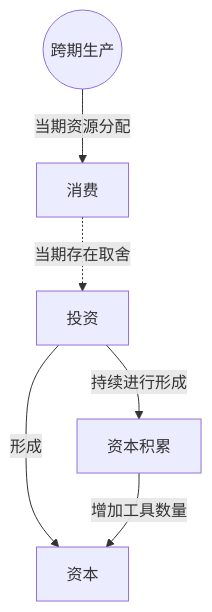
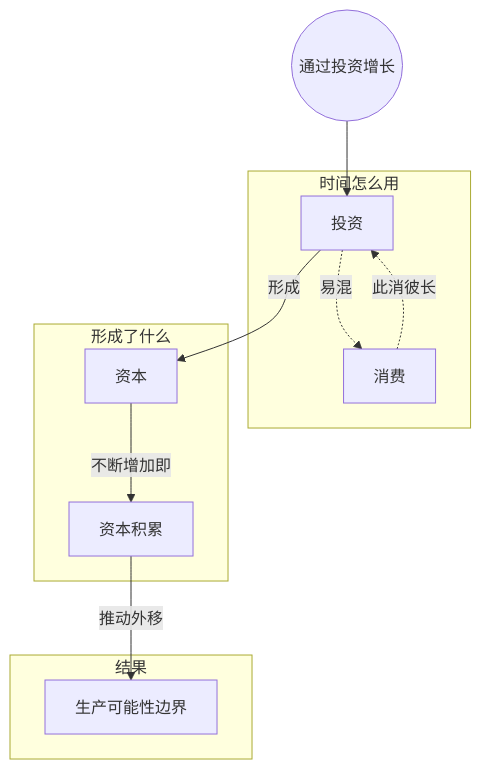
The diagram in examples/可汗微观经济学-前15集/notes/005-第5讲 通过投资的经济增长.md (lucky-Luor/bilibili-douyin-notes), drawn with Mermaid before and after one commit. The commit also changed other lines of this file and 18 other files, not shown here.

````diff
--- a/examples/可汗微观经济学-前15集/notes/005-第5讲 通过投资的经济增长.md
+++ b/examples/可汗微观经济学-前15集/notes/005-第5讲 通过投资的经济增长.md
@@ -31,8 +80,21 @@
 ```mermaid
 graph TD
-  R((跨期生产)) -->|当期资源分配| C[消费]
-  C -.->|当期存在取舍| I[投资]
-  I -->|形成| K[资本]
-  I -->|持续进行形成| A[资本积累]
-  A -->|增加工具数量| K
+  R((通过投资增长))
+  subgraph 时间怎么用
+    C[消费]
+    I[投资]
+  end
+  subgraph 形成了什么
+    K[资本]
+    A[资本积累]
+  end
+  subgraph 结果
+    P[生产可能性边界]
+  end
+  R --> I
+  C -.->|此消彼长| I
+  I -->|形成| K
+  K -->|不断增加即| A
+  A -->|推动外移| P
+  I -.->|易混| C
 ```
````
